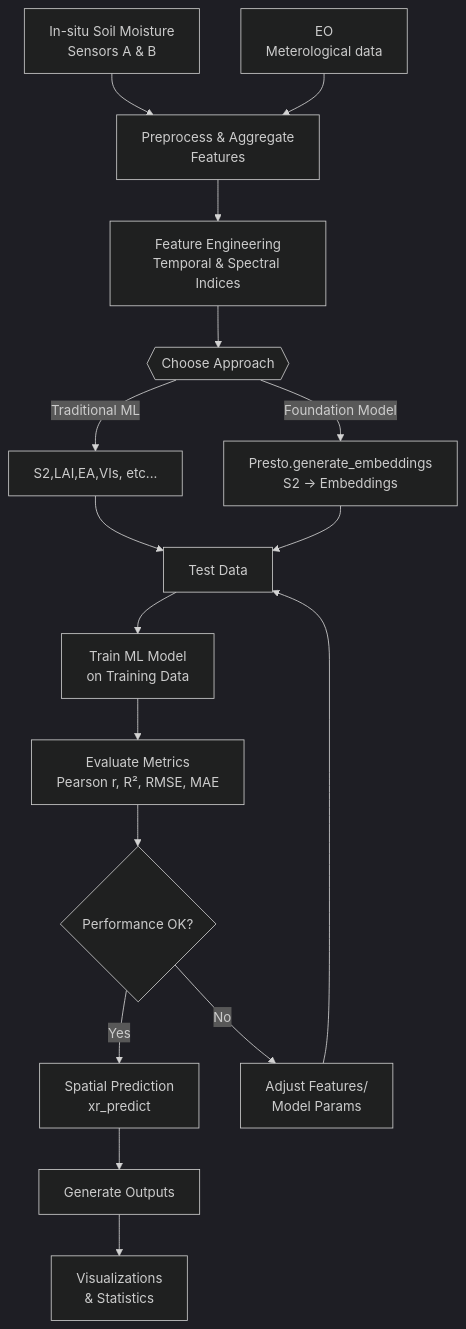
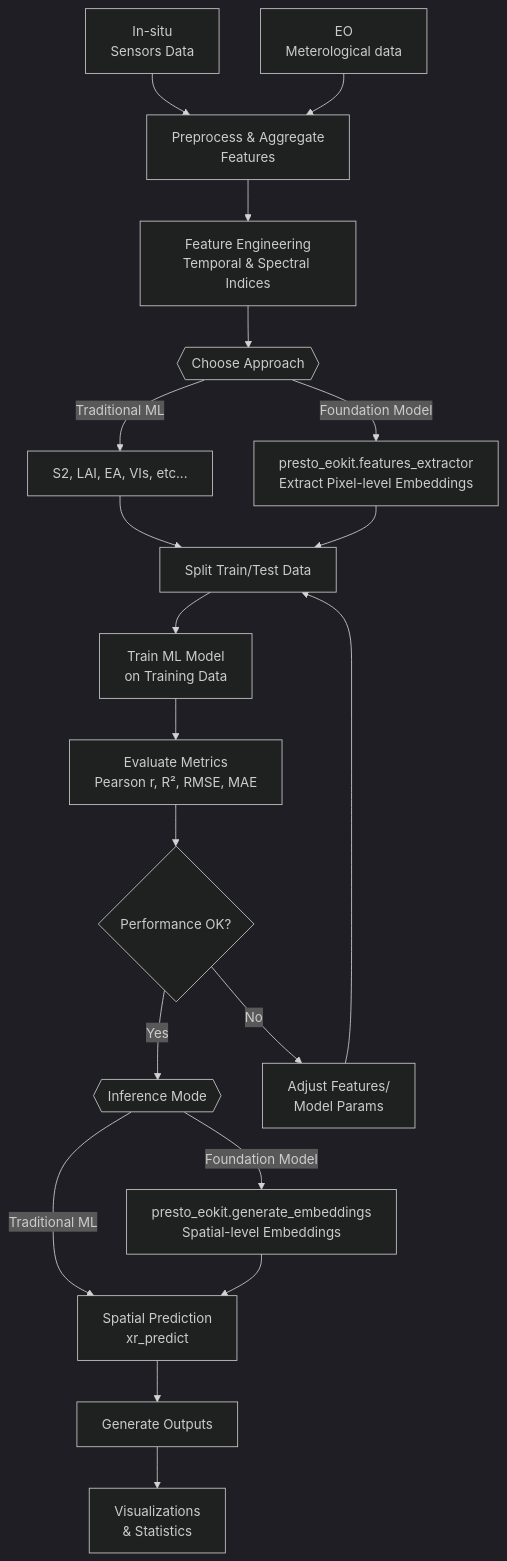
One commit to ScaleAGData/dhi-mleo changed the diagram in README.md. Above: the diagram before and after it, drawn with Mermaid (dark theme). The commit also changed other lines of this file, not shown here.

Commit message:
updated workflow

````diff
--- a/README.md
+++ b/README.md
@@ -40,22 +41,27 @@
 ```mermaid
 flowchart TD
-    A["In-situ Soil Moisture<br/>Sensors A & B"] --> B["Preprocess & Aggregate<br/>Features"]
+    A["In-situ <br/>Sensors Data"] --> B["Preprocess & Aggregate<br/>Features"]
     C["EO <br/>Meterological data"] --> B
     B --> D["Feature Engineering<br/>Temporal & Spectral Indices"]
     D --> E{{"Choose Approach"}}
     
-    E -->|Traditional ML| F["S2,LAI,EA,VIs, etc..."]
-    E -->|Foundation Model| G["Presto.generate_embeddings<br/>S2 → Embeddings"]
+    E -->|Traditional ML| F["S2, LAI, EA, VIs, etc..."]
+    E -->|Foundation Model| G["presto_eokit.features_extractor<br/>Extract Pixel-level Embeddings"]
     
-    F --> H["Test Data"]
+    F --> H["Split Train/Test Data"]
     G --> H
     
     H --> I["Train ML Model<br/>on Training Data"]
     I --> J["Evaluate Metrics<br/>Pearson r, R², RMSE, MAE"]
     J --> K{"Performance OK?"}
-    K -->|Yes| N["Spatial Prediction<br/>xr_predict"]
+    K -->|Yes| L{{"Inference Mode"}}
     K -->|No| M["Adjust Features/<br/>Model Params"]
     M --> H
-    N --> O["Generate Outputs"]
-    O --> P["Visualizations<br/>& Statistics"]
+    
+    L -->|Traditional ML| N["Spatial Prediction<br/>xr_predict"]
+    L -->|Foundation Model| O["presto_eokit.generate_embeddings<br/>Spatial-level Embeddings"]
+    
+    O --> N
+    N --> P["Generate Outputs"]
+    P --> Q["Visualizations<br/>& Statistics"]
 ```
````
